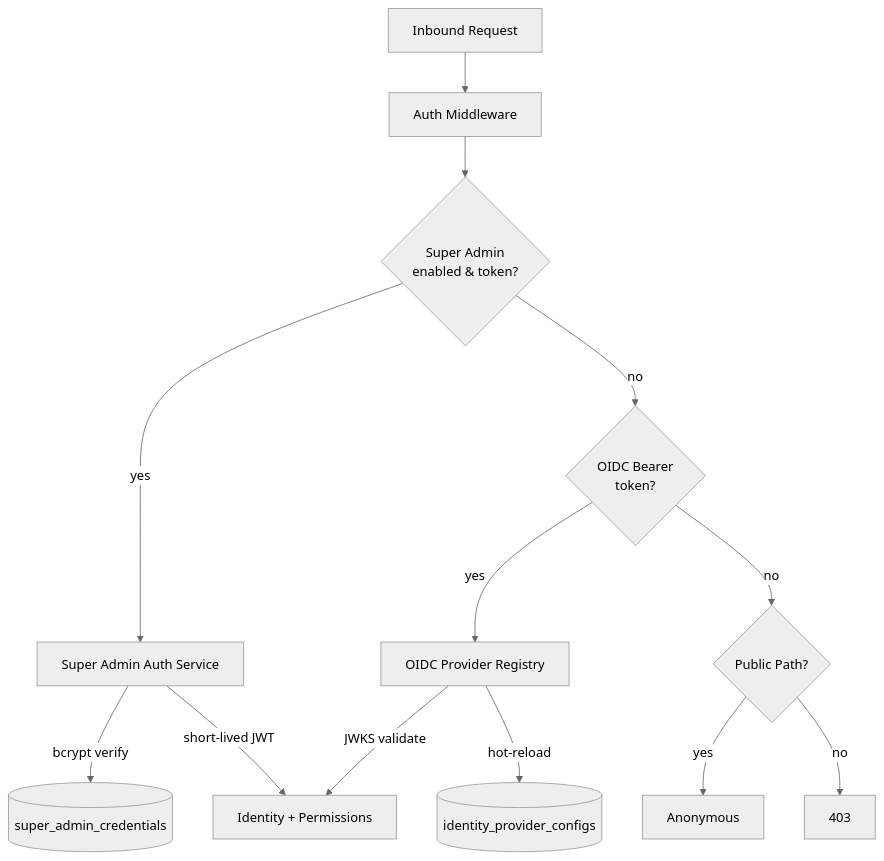
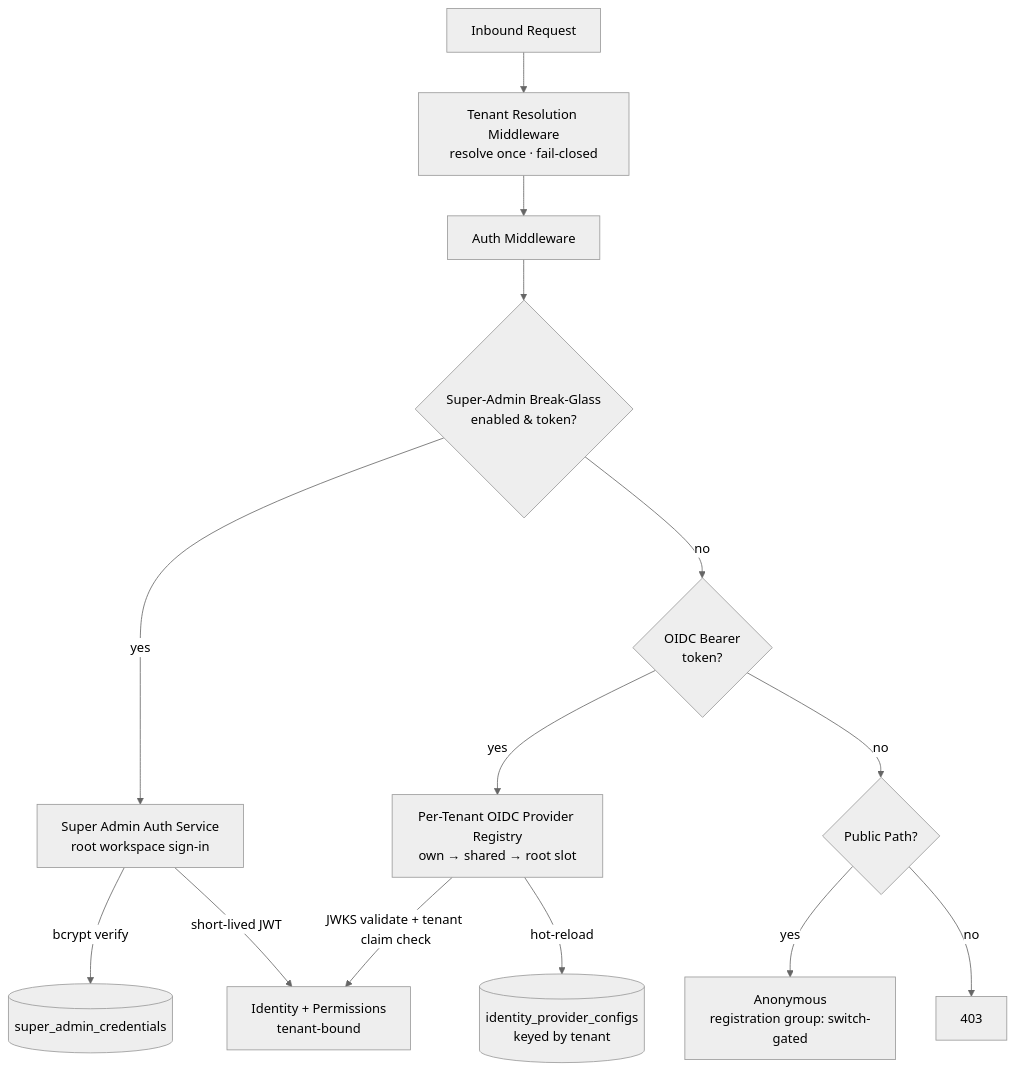
The fifth of 8 diagrams in docs/master/architecture/modules/control-center/architecture.md (hurungang/parthenon), drawn with Mermaid (neutral theme) before and after one commit. The commit also changed other lines of this file and 126 other files, not shown here.

````diff
--- a/docs/master/architecture/modules/control-center/architecture.md
+++ b/docs/master/architecture/modules/control-center/architecture.md
@@ -121,18 +123,19 @@
 ```mermaid
 flowchart TD
-    REQ[Inbound Request] --> AM[Auth Middleware]
+    REQ[Inbound Request] --> TRM[Tenant Resolution Middleware<br/>resolve once · fail-closed]
+    TRM --> AM[Auth Middleware]
 
-    AM --> SA{Super Admin<br/>enabled & token?}
-    SA -->|yes| SAR[Super Admin Auth Service]
+    AM --> SA{Super-Admin Break-Glass<br/>enabled & token?}
+    SA -->|yes| SAR[Super Admin Auth Service<br/>root workspace sign-in]
     SAR -->|bcrypt verify| SAC[(super_admin_credentials)]
-    SAR -->|short-lived JWT| ID[Identity + Permissions]
+    SAR -->|short-lived JWT| ID[Identity + Permissions<br/>tenant-bound]
 
     SA -->|no| OIDC{OIDC Bearer<br/>token?}
-    OIDC -->|yes| OPR[OIDC Provider Registry]
-    OPR -->|hot-reload| IPC[(identity_provider_configs)]
-    OPR -->|JWKS validate| ID
+    OIDC -->|yes| OPR[Per-Tenant OIDC Provider Registry<br/>own → shared → root slot]
+    OPR -->|hot-reload| IPC[(identity_provider_configs<br/>keyed by tenant)]
+    OPR -->|JWKS validate + tenant claim check| ID
 
     OIDC -->|no| PUB{Public Path?}
-    PUB -->|yes| ANON[Anonymous]
+    PUB -->|yes| ANON[Anonymous<br/>registration group: switch-gated]
     PUB -->|no| DENY[403]
 ```
````
